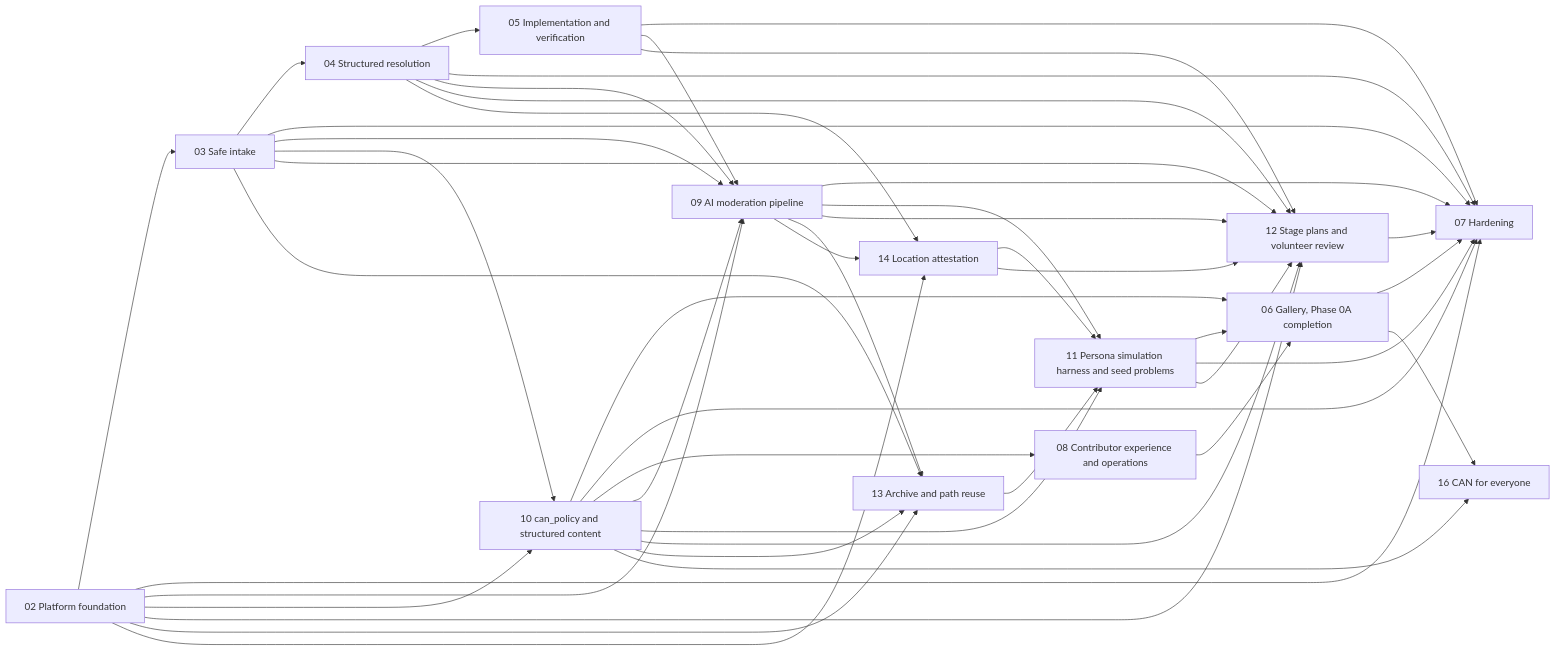
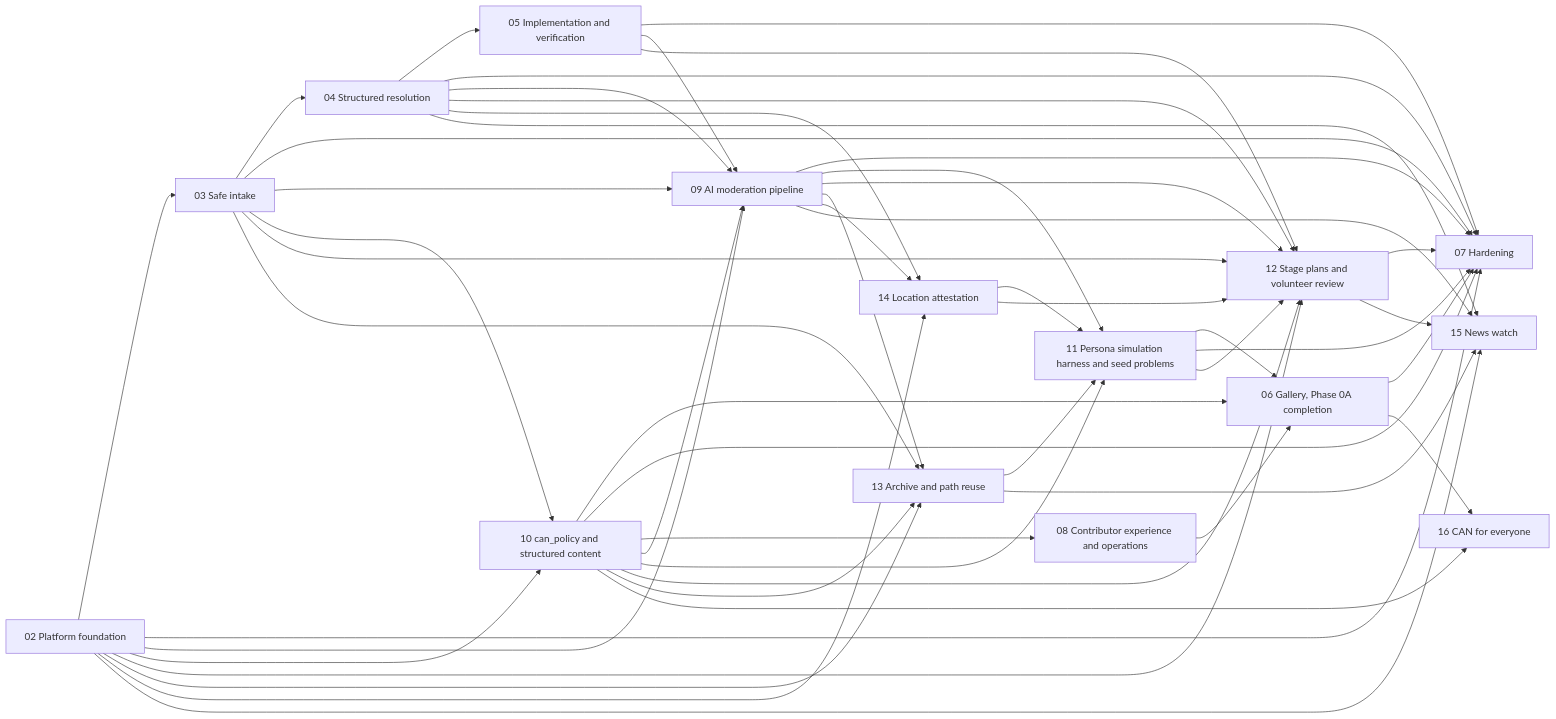
One commit to community-action-network-oss/community_action_network_oss changed the diagram in plans/00-ROOT.md. Above: the diagram before and after it, drawn with Mermaid. The commit also changed other lines of this file and 22 other files, not shown here.

````diff
--- a/plans/00-ROOT.md
+++ b/plans/00-ROOT.md
@@ -51,61 +52,67 @@
 ```mermaid
 flowchart LR
   p02["02 Platform foundation"]
   p03["03 Safe intake"]
   p04["04 Structured resolution"]
   p05["05 Implementation and verification"]
   p06["06 Gallery, Phase 0A completion"]
   p07["07 Hardening"]
   p08["08 Contributor experience and operations"]
   p09["09 AI moderation pipeline"]
   p10["10 can_policy and structured content"]
   p11["11 Persona simulation harness and seed problems"]
   p12["12 Stage plans and volunteer review"]
   p13["13 Archive and path reuse"]
   p14["14 Location attestation"]
+  p15["15 News watch"]
   p16["16 CAN for everyone"]
   p02 --> p03
   p03 --> p04
   p04 --> p05
   p08 --> p06
   p10 --> p06
   p11 --> p06
   p02 --> p07
   p03 --> p07
   p04 --> p07
   p05 --> p07
   p06 --> p07
   p09 --> p07
   p10 --> p07
   p11 --> p07
   p12 --> p07
   p10 --> p08
   p02 --> p09
   p03 --> p09
   p04 --> p09
   p05 --> p09
   p10 --> p09
   p02 --> p10
   p03 --> p10
   p09 --> p11
   p10 --> p11
   p13 --> p11
   p14 --> p11
   p02 --> p12
   p03 --> p12
   p04 --> p12
   p05 --> p12
   p09 --> p12
   p10 --> p12
   p11 --> p12
   p14 --> p12
   p02 --> p13
   p03 --> p13
   p09 --> p13
   p10 --> p13
   p02 --> p14
   p04 --> p14
   p09 --> p14
+  p02 --> p15
+  p04 --> p15
+  p09 --> p15
+  p12 --> p15
+  p13 --> p15
   p06 --> p16
   p10 --> p16
 ```
````
